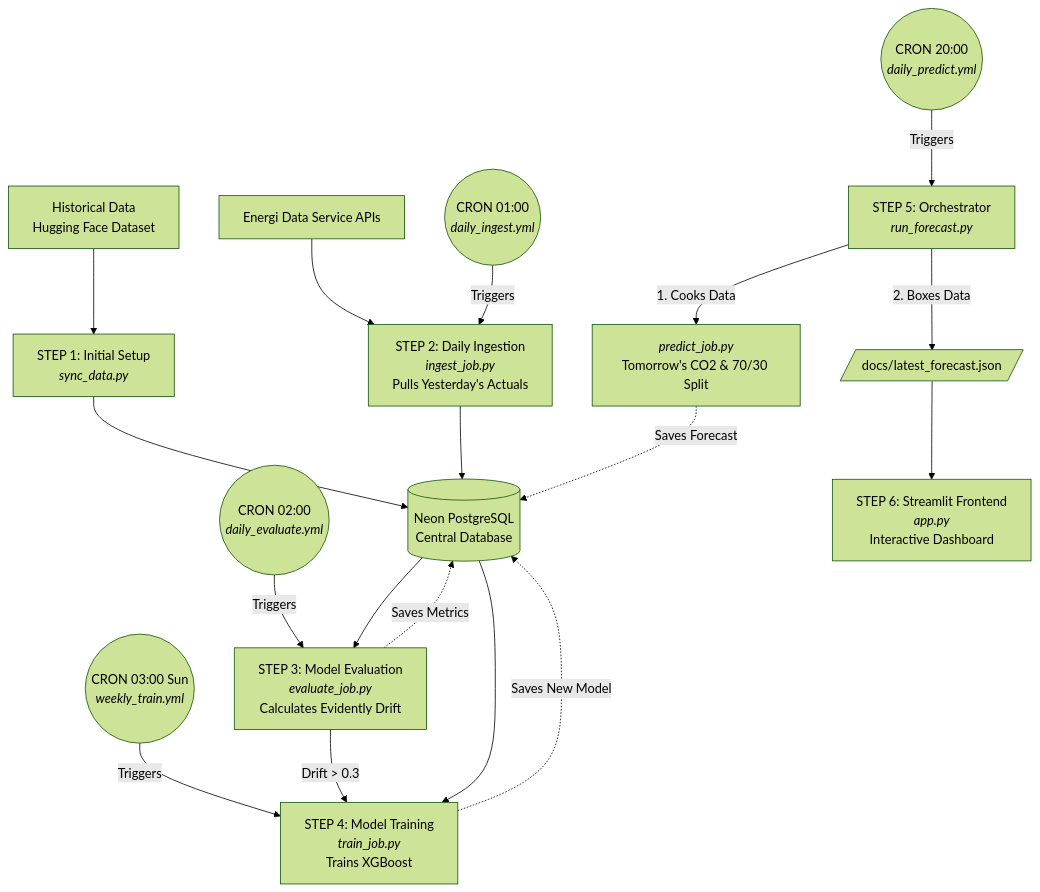
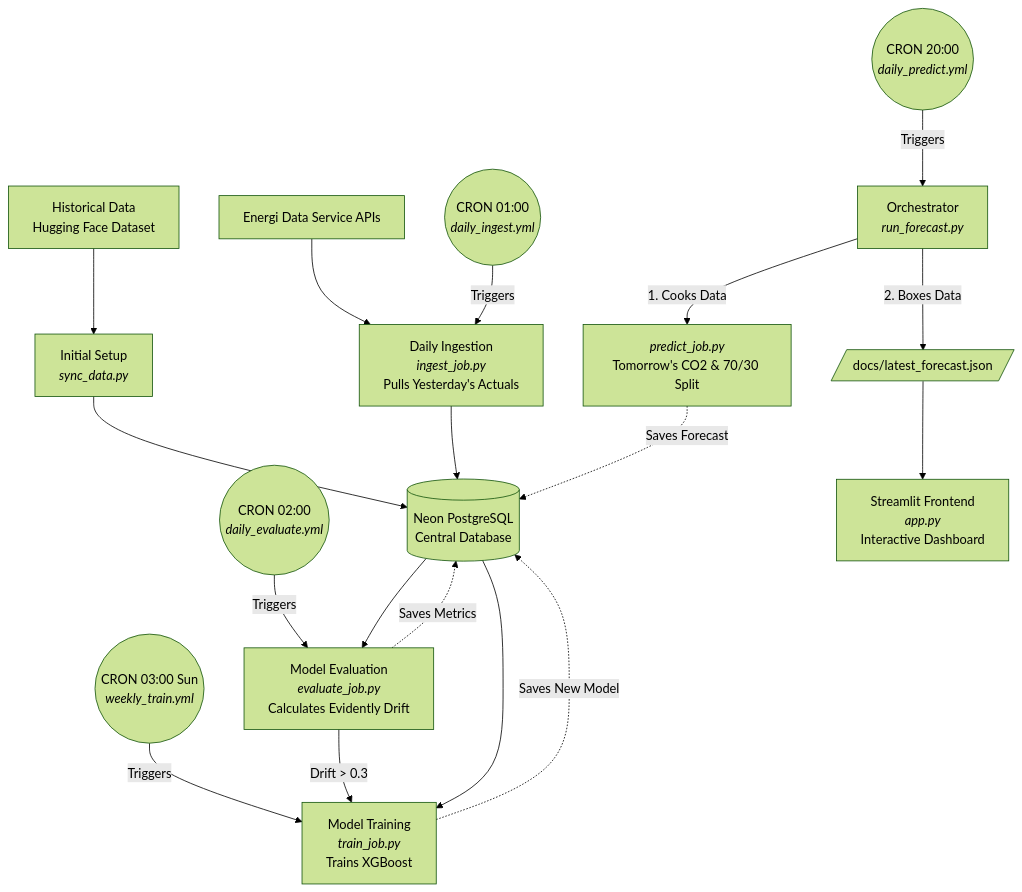
The diagram in README.md (xprafulx/gridwise-guardian), drawn with Mermaid (forest theme) before and after one commit.

````diff
--- a/README.md
+++ b/README.md
@@ -35,32 +35,32 @@
 ```mermaid
 flowchart TD
     %% External Data Sources
     HF[Historical Data<br/>Hugging Face Dataset] --> Sync
     API[Energi Data Service APIs] --> Ingest
 
     %% Initial Setup
-    Sync[STEP 1: Initial Setup<br/><i>sync_data.py</i>] --> DB[(Neon PostgreSQL<br/>Central Database)]
+    Sync[Initial Setup<br/><i>sync_data.py</i>] --> DB[(Neon PostgreSQL<br/>Central Database)]
 
     %% 1. Ingestion Job
     CRON1((CRON 01:00<br/><i>daily_ingest.yml</i>)) -->|Triggers| Ingest
-    Ingest[STEP 2: Daily Ingestion<br/><i>ingest_job.py</i><br/>Pulls Yesterday's Actuals] --> DB
+    Ingest[Daily Ingestion<br/><i>ingest_job.py</i><br/>Pulls Yesterday's Actuals] --> DB
 
     %% 2. Evaluation Job
     CRON2((CRON 02:00<br/><i>daily_evaluate.yml</i>)) -->|Triggers| Eval
-    DB --> Eval[STEP 3: Model Evaluation<br/><i>evaluate_job.py</i><br/>Calculates Evidently Drift]
+    DB --> Eval[Model Evaluation<br/><i>evaluate_job.py</i><br/>Calculates Evidently Drift]
     Eval -. Saves Metrics .-> DB
 
     %% 3. Training Job
     CRON3((CRON 03:00 Sun<br/><i>weekly_train.yml</i>)) -->|Triggers| Train
     Eval -->|Drift > 0.3| Train
-    DB --> Train[STEP 4: Model Training<br/><i>train_job.py</i><br/>Trains XGBoost]
+    DB --> Train[Model Training<br/><i>train_job.py</i><br/>Trains XGBoost]
     Train -. Saves New Model .-> DB
 
     %% 4. Prediction Job & Export (The Orchestrator)
     CRON4((CRON 20:00<br/><i>daily_predict.yml</i>)) -->|Triggers| RunForecast
-    RunForecast[STEP 5: Orchestrator<br/><i>run_forecast.py</i>] -->|1. Cooks Data| Predict
+    RunForecast[Orchestrator<br/><i>run_forecast.py</i>] -->|1. Cooks Data| Predict
     Predict[<i>predict_job.py</i><br/>Tomorrow's CO2 & 70/30 Split] -. Saves Forecast .-> DB
     RunForecast -->|2. Boxes Data| JSON[/docs/latest_forecast.json/]
     
-    JSON --> UI[STEP 6: Streamlit Frontend<br/><i>app.py</i><br/>Interactive Dashboard]
+    JSON --> UI[Streamlit Frontend<br/><i>app.py</i><br/>Interactive Dashboard]
 ```
````
